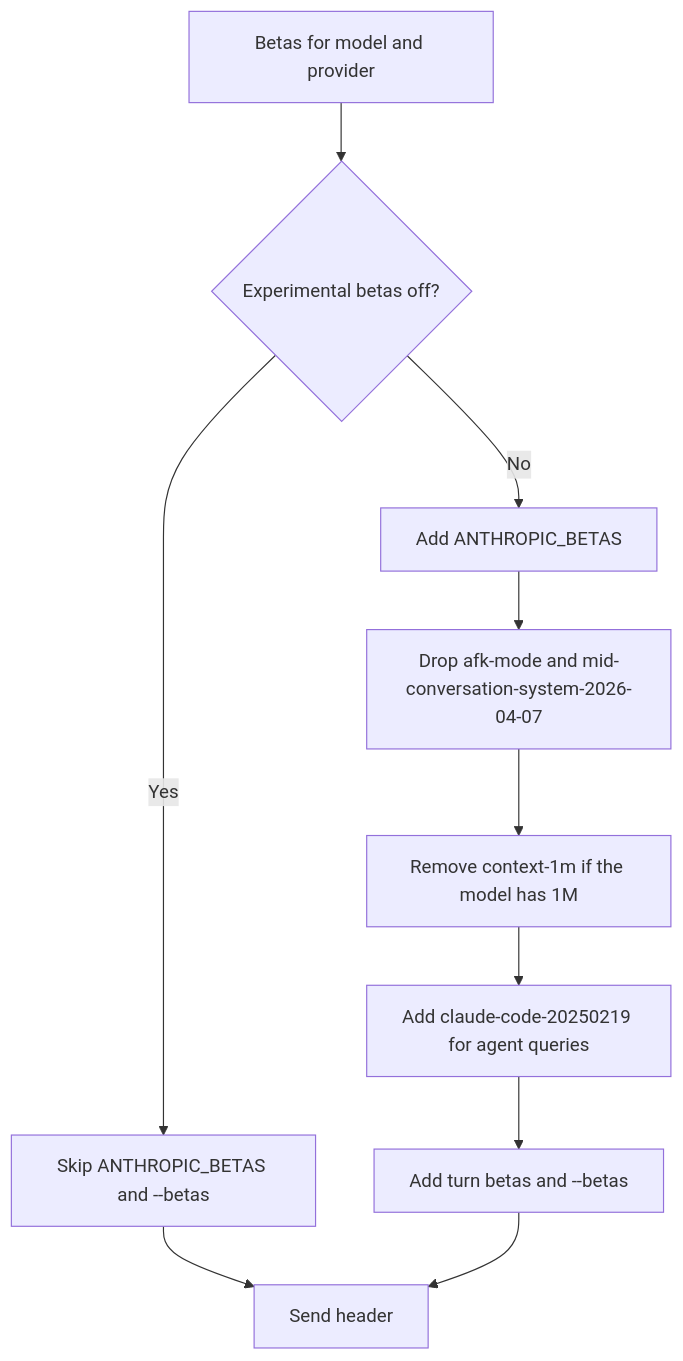
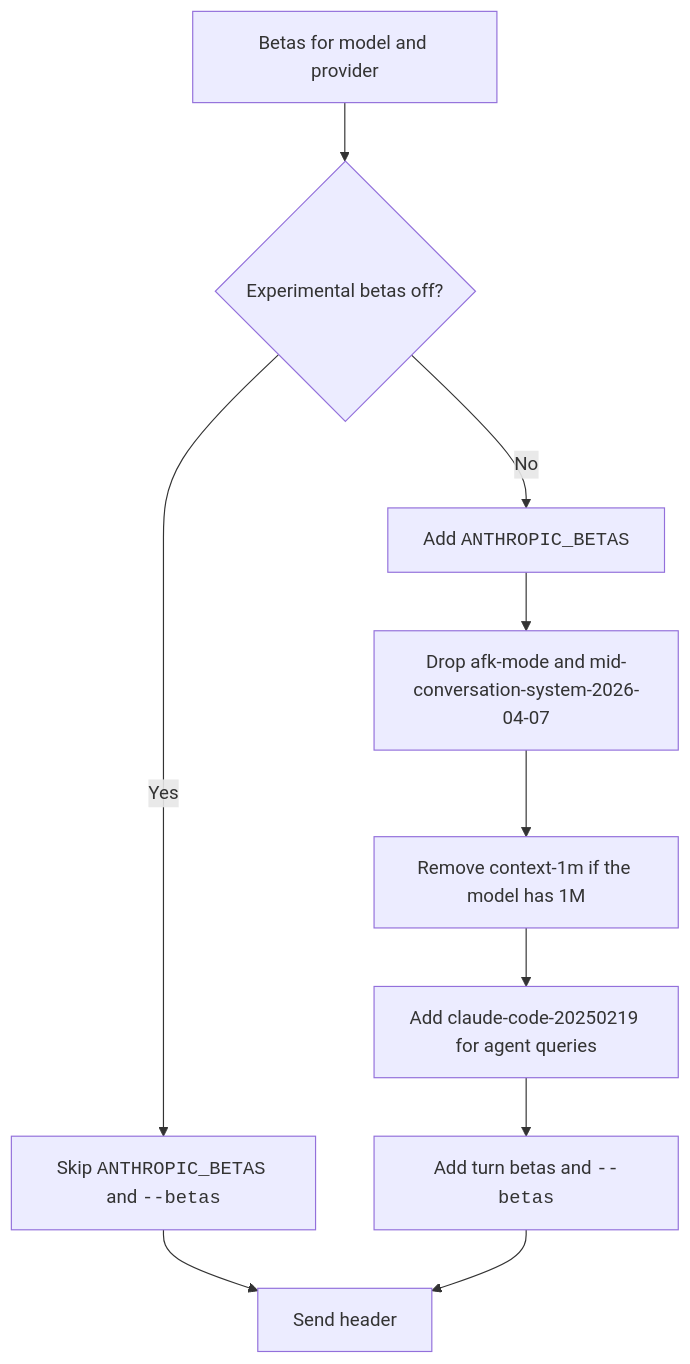
The diagram in docs/reference/api/betas.md (xsyetopz/claude-code-docs), drawn with Mermaid before and after one commit. The commit also changed other lines of this file and 164 other files, not shown here.

First line of the commit message:
docs: linked citations, yes/no markers, file trees, code in diagrams

````diff
--- a/docs/reference/api/betas.md
+++ b/docs/reference/api/betas.md
@@ -42,12 +42,12 @@
 ```mermaid
 flowchart TD
   A[Betas for model and provider] --> B{Experimental betas off?}
-  B -->|No| C[Add ANTHROPIC_BETAS]
-  B -->|Yes| D[Skip ANTHROPIC_BETAS and --betas]
+  B -->|No| C["Add <code>ANTHROPIC_BETAS</code>"]
+  B -->|Yes| D["Skip <code>ANTHROPIC_BETAS</code> and <code>--betas</code>"]
   C --> E[Drop afk-mode and mid-conversation-system-2026-04-07]
   E --> F[Remove context-1m if the model has 1M]
   F --> G[Add claude-code-20250219 for agent queries]
-  G --> H[Add turn betas and --betas]
+  G --> H["Add turn betas and <code>--betas</code>"]
   D --> I[Send header]
   H --> I
 ```
````
